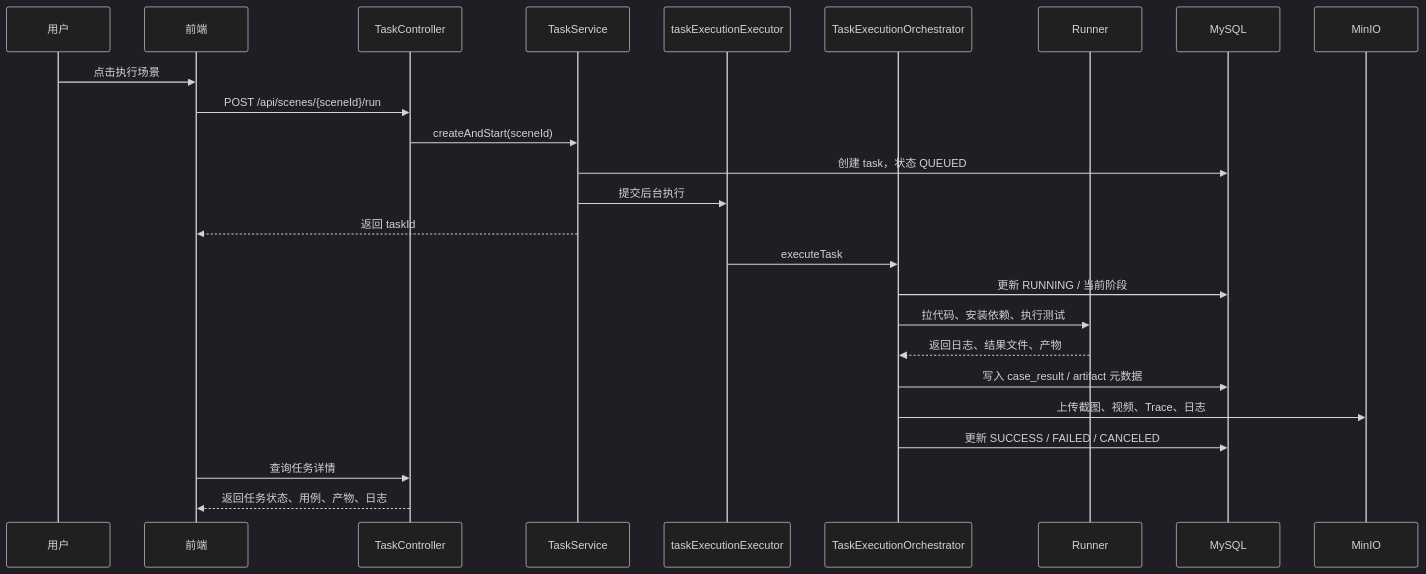
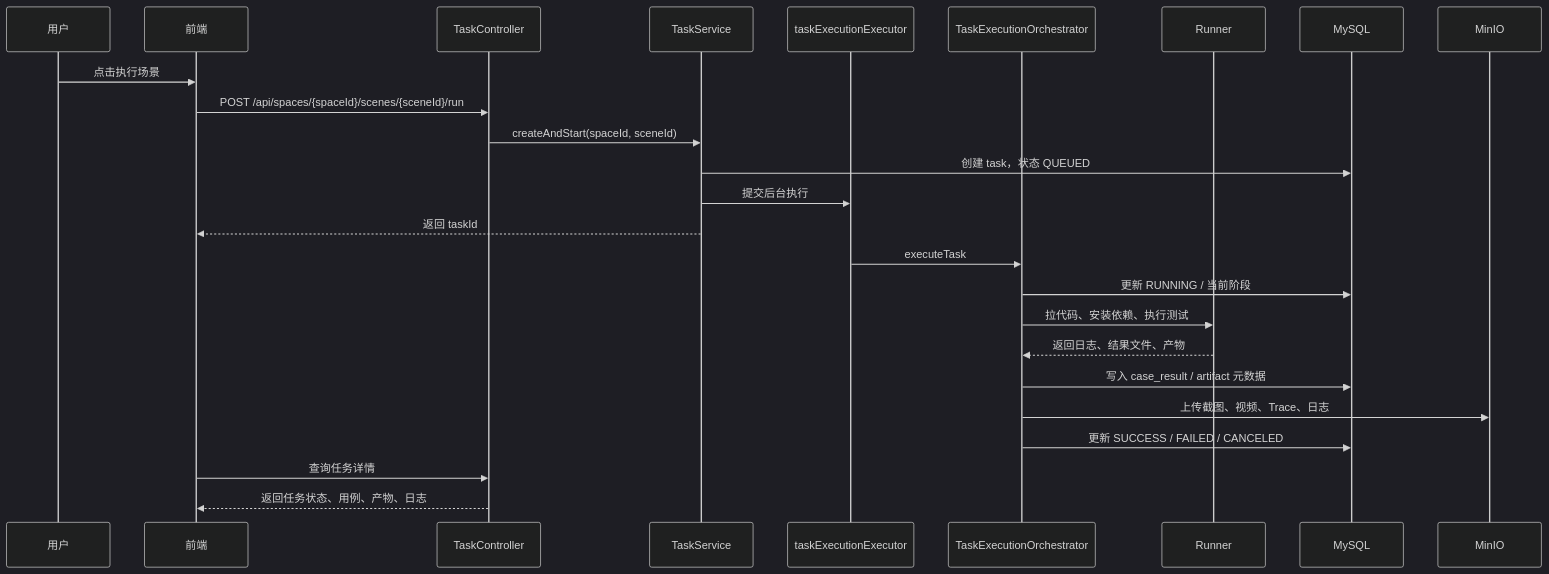
Before and after one commit to MenXiaoHuan/testplatform: the third of 9 diagrams in docs/guide.md, drawn with Mermaid (dark theme). The commit also changed other lines of this file and 1 other file, not shown here.

````diff
--- a/docs/guide.md
+++ b/docs/guide.md
@@ -281,28 +281,28 @@
 ```mermaid
 sequenceDiagram
     participant U as 用户
     participant W as 前端
     participant C as TaskController
     participant S as TaskService
     participant E as taskExecutionExecutor
     participant O as TaskExecutionOrchestrator
     participant R as Runner
     participant DB as MySQL
     participant M as MinIO
 
     U->>W: 点击执行场景
-    W->>C: POST /api/scenes/{sceneId}/run
-    C->>S: createAndStart(sceneId)
+    W->>C: POST /api/spaces/{spaceId}/scenes/{sceneId}/run
+    C->>S: createAndStart(spaceId, sceneId)
     S->>DB: 创建 task，状态 QUEUED
     S->>E: 提交后台执行
     S-->>W: 返回 taskId
     E->>O: executeTask
     O->>DB: 更新 RUNNING / 当前阶段
     O->>R: 拉代码、安装依赖、执行测试
     R-->>O: 返回日志、结果文件、产物
     O->>DB: 写入 case_result / artifact 元数据
     O->>M: 上传截图、视频、Trace、日志
     O->>DB: 更新 SUCCESS / FAILED / CANCELED
     W->>C: 查询任务详情
     C-->>W: 返回任务状态、用例、产物、日志
 ```
````
